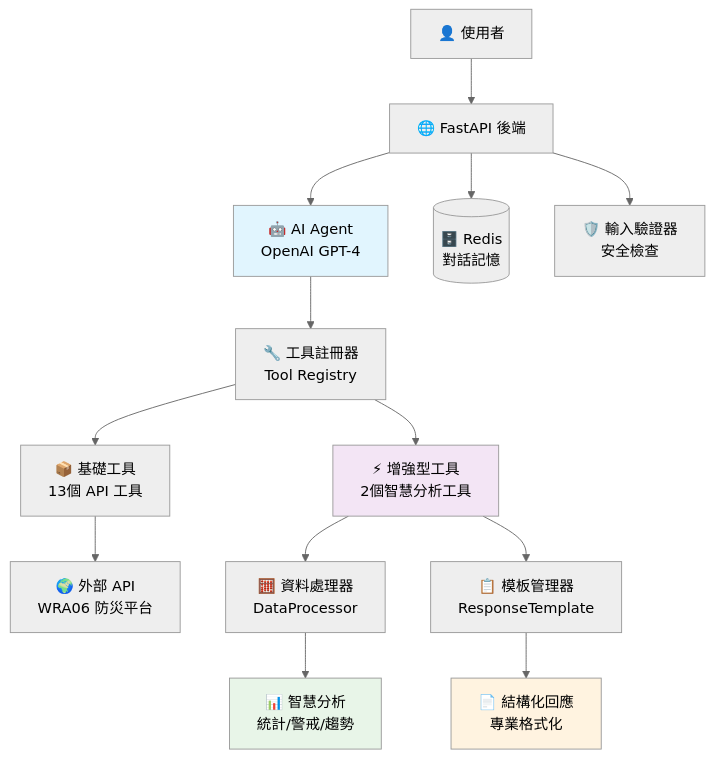
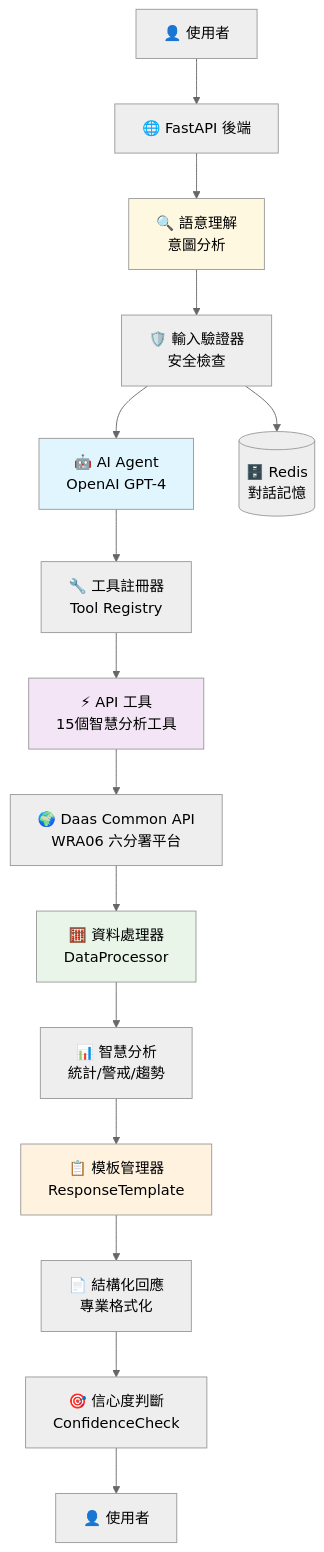
The first of 2 diagrams in README.md (weng8669/MySQL), drawn with Mermaid (neutral theme) before and after one commit. The commit also changed other lines of this file, not shown here.

````diff
--- a/README.md
+++ b/README.md
@@ -21,25 +21,27 @@
 ```mermaid
 graph TB
     User[👤 使用者] --> API[🌐 FastAPI 後端]
-    API --> Agent[🤖 AI Agent<br/>OpenAI GPT-4]
+    API --> Semantic[🔍 語意理解<br/>意圖分析]
+    Semantic --> Validator[🛡️ 輸入驗證器<br/>安全檢查]
+    Validator --> Agent[🤖 AI Agent<br/>OpenAI GPT-4]
+    Validator --> Redis[(🗄️ Redis<br/>對話記憶)]
     Agent --> Registry[🔧 工具註冊器<br/>Tool Registry]
-    
-    Registry --> BasicTools[📦 基礎工具<br/>13個 API 工具]
-    Registry --> EnhancedTools[⚡ 增強型工具<br/>2個智慧分析工具]
-    
-    BasicTools --> ExternalAPI[🌍 外部 API<br/>WRA06 防災平台]
-    
-    EnhancedTools --> DataProcessor[🧮 資料處理器<br/>DataProcessor]
-    EnhancedTools --> TemplateManager[📋 模板管理器<br/>ResponseTemplate]
-    
+
+    Registry --> EnhancedTools[⚡ API 工具<br/>15個智慧分析工具]    
+    EnhancedTools --> ExternalAPI[🌍 Daas Common API<br/>WRA06 六分署平台]
+
+    ExternalAPI --> DataProcessor[🧮 資料處理器<br/>DataProcessor]
     DataProcessor --> Analysis[📊 智慧分析<br/>統計/警戒/趨勢]
+
+    Analysis --> TemplateManager[📋 模板管理器<br/>ResponseTemplate]
     TemplateManager --> Response[📄 結構化回應<br/>專業格式化]
-    
-    API --> Redis[(🗄️ Redis<br/>對話記憶)]
-    API --> Validator[🛡️ 輸入驗證器<br/>安全檢查]
+
+    Response --> Confidence[🎯 信心度判斷<br/>ConfidenceCheck]
+    Confidence --> Result[👤 使用者]
     
     style Agent fill:#e1f5fe
+    style Semantic fill:#fff8e1
     style EnhancedTools fill:#f3e5f5
-    style Analysis fill:#e8f5e8
-    style Response fill:#fff3e0
+    style DataProcessor fill:#e8f5e8
+    style TemplateManager fill:#fff3e0
 ```
````
